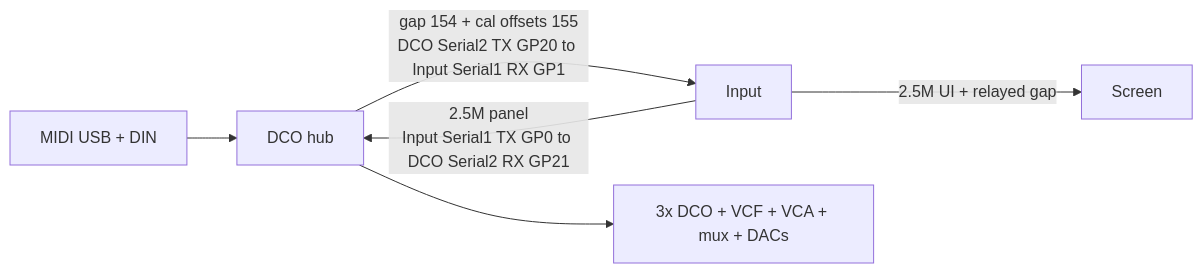
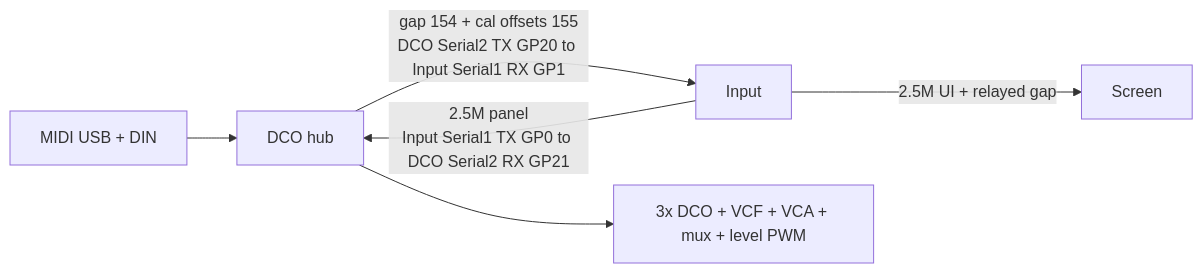
Before and after one commit to felipegaspari/DCO4-REBORN-DCO: the diagram in docs/MAINBOARD_ABSORPTION.md, drawn with Mermaid. The commit also changed other lines of this file and 31 other files, not shown here.

````diff
--- a/docs/MAINBOARD_ABSORPTION.md
+++ b/docs/MAINBOARD_ABSORPTION.md
@@ -12,8 +12,8 @@
 ```mermaid
 flowchart LR
   World["MIDI USB + DIN"] --> DCO["DCO hub"]
   Input["Input"] -->|"2.5M panel\nInput Serial1 TX GP0 to DCO Serial2 RX GP21"| DCO
   DCO -->|"gap 154 + cal offsets 155\nDCO Serial2 TX GP20 to Input Serial1 RX GP1"| Input
   Input -->|"2.5M UI + relayed gap"| Screen["Screen"]
-  DCO --> Analog["3x DCO + VCF + VCA + mux + DACs"]
+  DCO --> Analog["3x DCO + VCF + VCA + mux + level PWM"]
 ```
````
